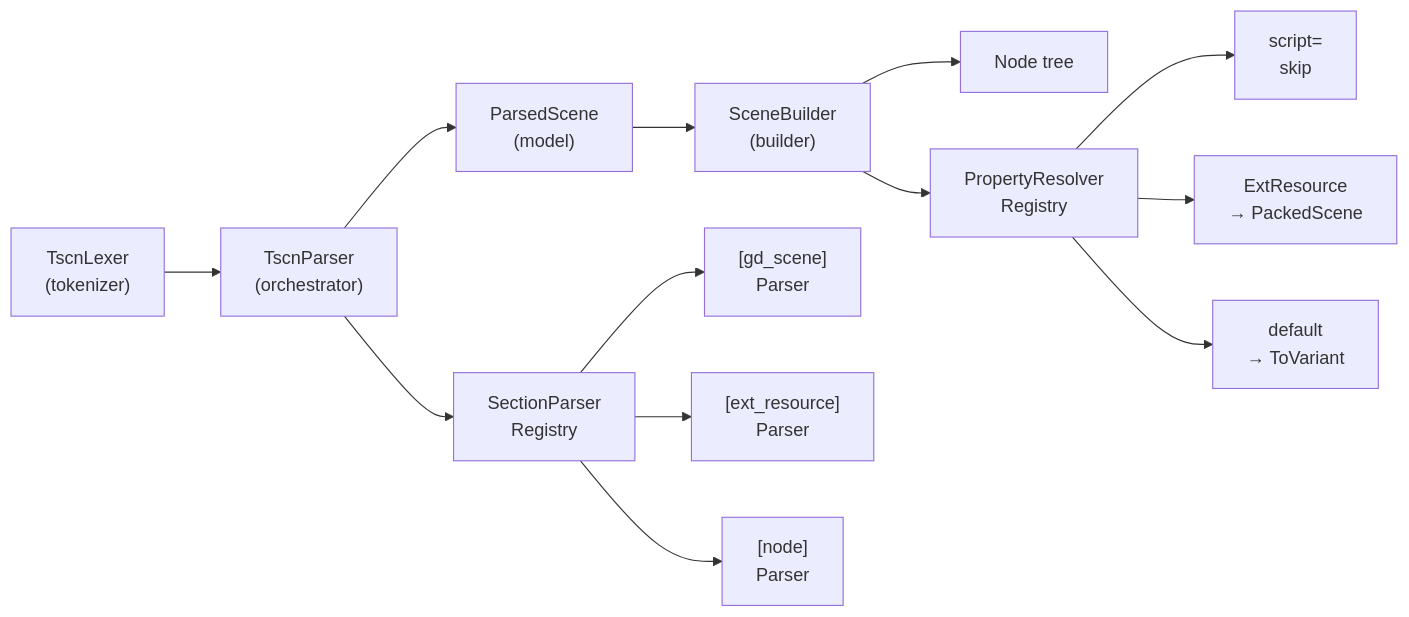
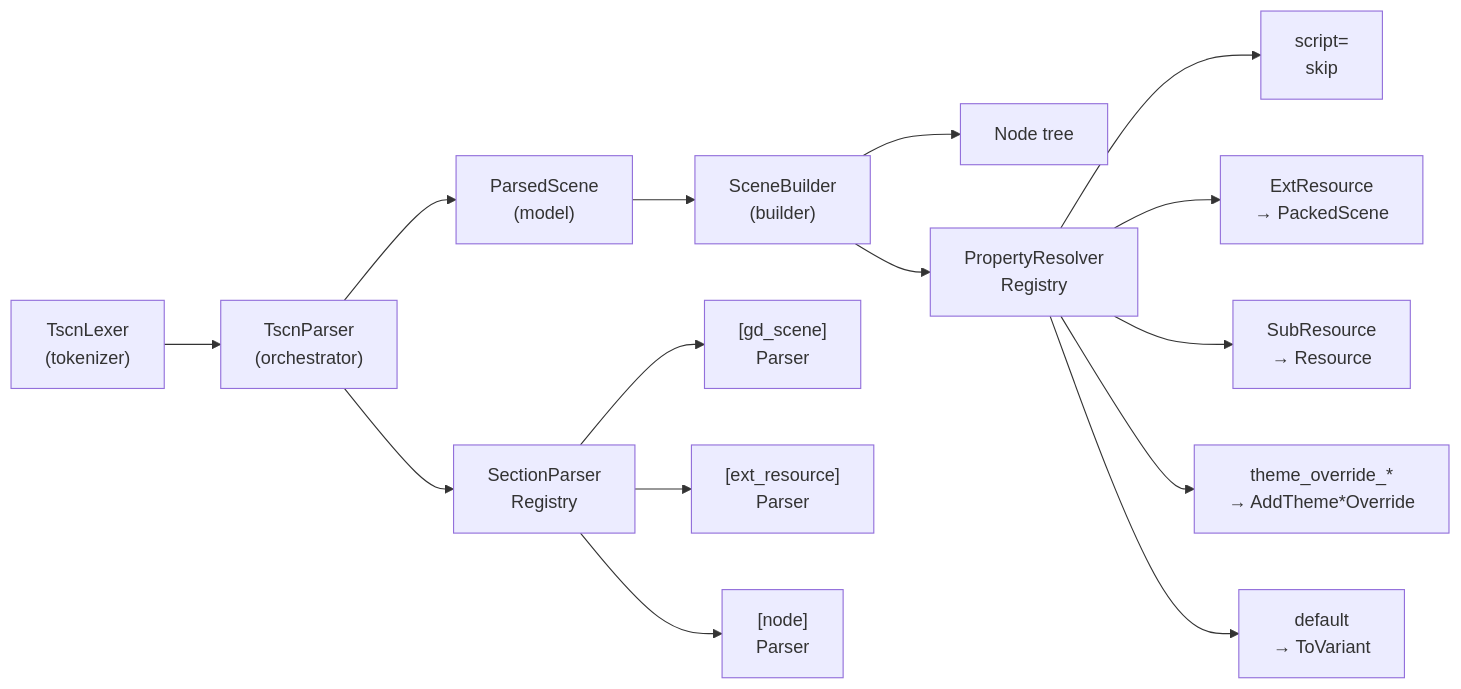
One commit to cthangover/cthangover.github.io changed the first of 2 diagrams in docs/mods/scenes/tscn-runtime/index.md. Above: the diagram before and after it, drawn with Mermaid. The commit also changed other lines of this file and 159 other files, not shown here.

````diff
--- a/docs/mods/scenes/tscn-runtime/index.md
+++ b/docs/mods/scenes/tscn-runtime/index.md
@@ -11,18 +11,20 @@
 ```mermaid
 flowchart LR
     Lexer["TscnLexer<br/>(tokenizer)"] --> Parser["TscnParser<br/>(orchestrator)"]
     Parser --> Model["ParsedScene<br/>(model)"]
     Model --> Builder["SceneBuilder<br/>(builder)"]
     Builder --> NodeTree["Node tree"]
 
     Parser --> SecReg["SectionParser<br/>Registry"]
     Builder --> PropReg["PropertyResolver<br/>Registry"]
 
     SecReg --> GdScene["[gd_scene]<br/>Parser"]
     SecReg --> ExtRes["[ext_resource]<br/>Parser"]
     SecReg --> NodeParser["[node]<br/>Parser"]
 
     PropReg --> ScriptSkip["script=<br/>skip"]
     PropReg --> ExtResProp["ExtResource<br/>→ PackedScene"]
+    PropReg --> SubResProp["SubResource<br/>→ Resource"]
+    PropReg --> ThemeOverride["theme_override_*<br/>→ AddTheme*Override"]
     PropReg --> Default["default<br/>→ ToVariant"]
 ```
````
